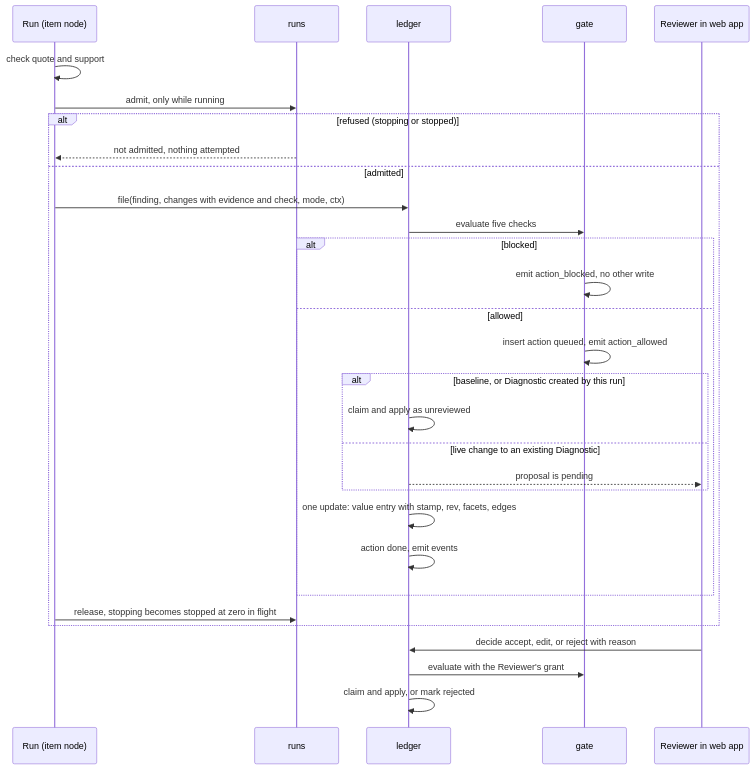
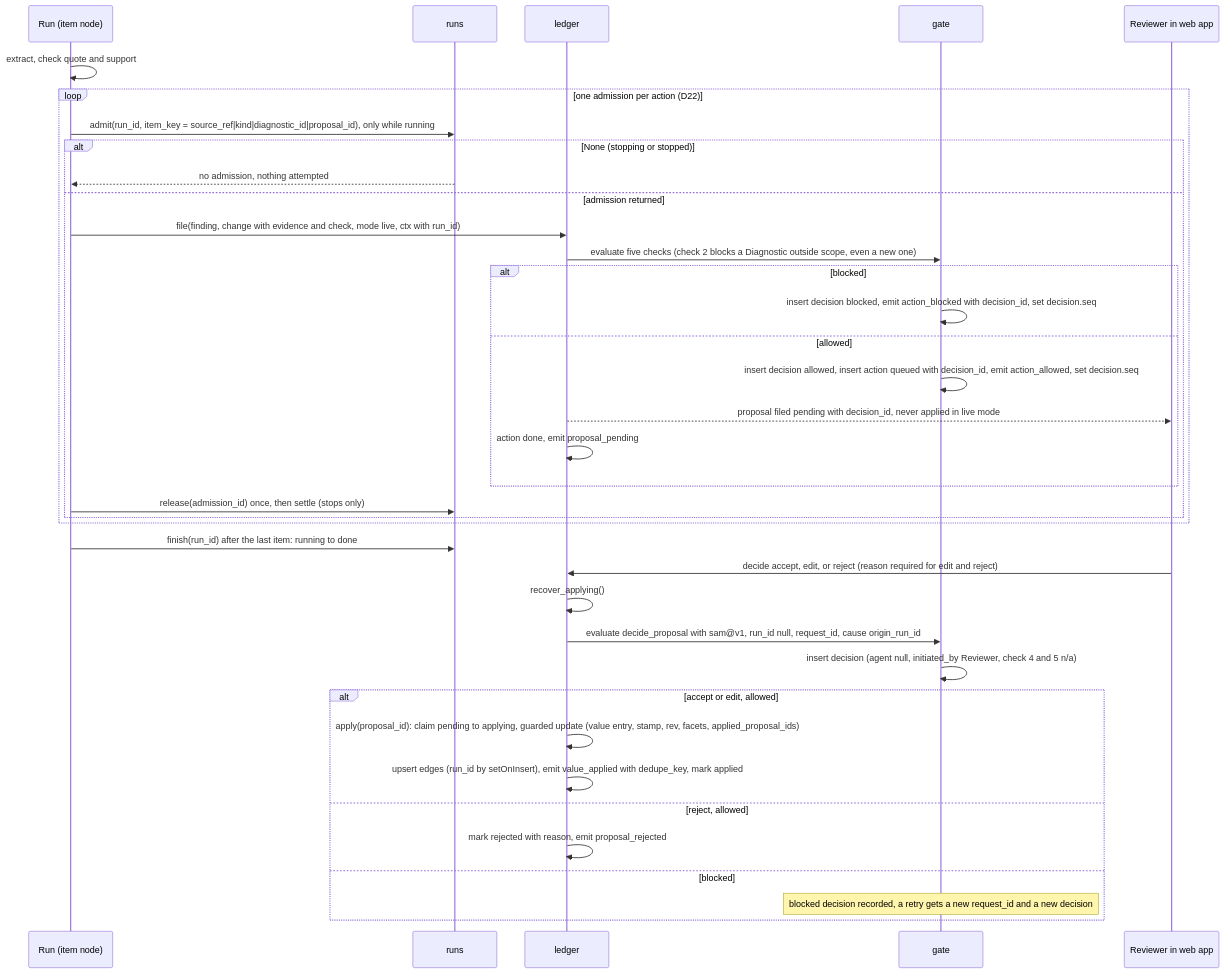
The third of 5 diagrams in _bmad-output/planning-artifacts/architecture/architecture-agents-in-context-toronto-2026-11-13/ARCHITECTURE-SPINE.md (lutic1/agents-in-context-toronto), drawn with Mermaid before and after one commit. The commit also changed other lines of this file and 47 other files, not shown here.

````diff
--- a/_bmad-output/planning-artifacts/architecture/architecture-agents-in-context-toronto-2026-11-13/ARCHITECTURE-SPINE.md
+++ b/_bmad-output/planning-artifacts/architecture/architecture-agents-in-context-toronto-2026-11-13/ARCHITECTURE-SPINE.md
@@ -554,32 +647,39 @@
 ```mermaid
 sequenceDiagram
   participant J as Run (item node)
   participant RN as runs
   participant L as ledger
   participant G as gate
   participant R as Reviewer in web app
-  J->>J: check quote and support
-  J->>RN: admit, only while running
-  alt refused (stopping or stopped)
-    RN-->>J: not admitted, nothing attempted
-  else admitted
-    J->>L: file(finding, changes with evidence and check, mode, ctx)
-    L->>G: evaluate five checks
-    alt blocked
-      G->>G: emit action_blocked, no other write
-    else allowed
-      G->>G: insert action queued, emit action_allowed
-      alt baseline, or Diagnostic created by this run
-        L->>L: claim and apply as unreviewed
-      else live change to an existing Diagnostic
-        L-->>R: proposal is pending
+  J->>J: extract, check quote and support
+  loop one admission per action (D22)
+    J->>RN: admit(run_id, item_key = source_ref|kind|diagnostic_id|proposal_id), only while running
+    alt None (stopping or stopped)
+      RN-->>J: no admission, nothing attempted
+    else admission returned
+      J->>L: file(finding, change with evidence and check, mode live, ctx with run_id)
+      L->>G: evaluate five checks (check 2 blocks a Diagnostic outside scope, even a new one)
+      alt blocked
+        G->>G: insert decision blocked, emit action_blocked with decision_id, set decision.seq
+      else allowed
+        G->>G: insert decision allowed, insert action queued with decision_id, emit action_allowed, set decision.seq
+        L-->>R: proposal filed pending with decision_id, never applied in live mode
+        L->>L: action done, emit proposal_pending
       end
-      L->>L: one update: value entry with stamp, rev, facets, edges
-      L->>L: action done, emit events
+      J->>RN: release(admission_id) once, then settle (stops only)
     end
-    J->>RN: release, stopping becomes stopped at zero in flight
   end
-  R->>L: decide accept, edit, or reject with reason
-  L->>G: evaluate with the Reviewer's grant
-  L->>L: claim and apply, or mark rejected
+  J->>RN: finish(run_id) after the last item: running to done
+  R->>L: decide accept, edit, or reject (reason required for edit and reject)
+  L->>L: recover_applying()
+  L->>G: evaluate decide_proposal with sam@v1, run_id null, request_id, cause origin_run_id
+  G->>G: insert decision (agent null, initiated_by Reviewer, check 4 and 5 n/a)
+  alt accept or edit, allowed
+    L->>L: apply(proposal_id): claim pending to applying, guarded update (value entry, stamp, rev, facets, applied_proposal_ids)
+    L->>L: upsert edges (run_id by setOnInsert), emit value_applied with dedupe_key, mark applied
+  else reject, allowed
+    L->>L: mark rejected with reason, emit proposal_rejected
+  else blocked
+    Note over G: blocked decision recorded, a retry gets a new request_id and a new decision
+  end
 ```
````
